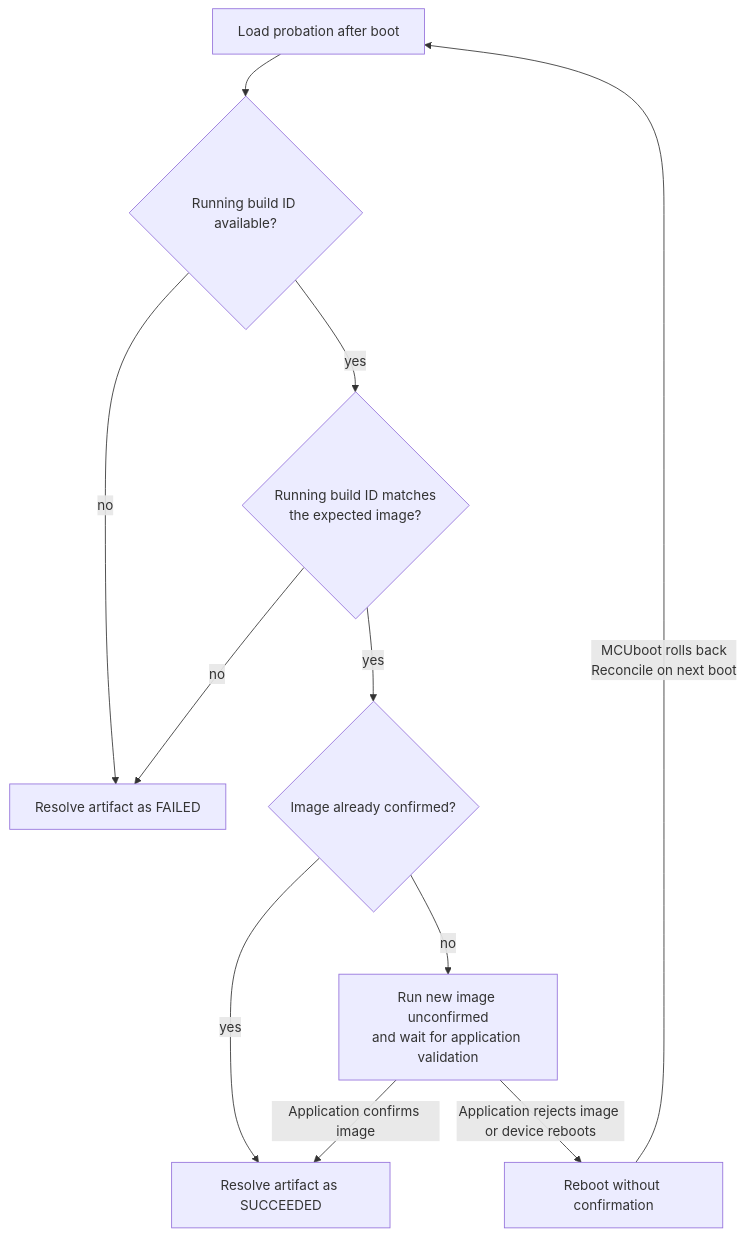
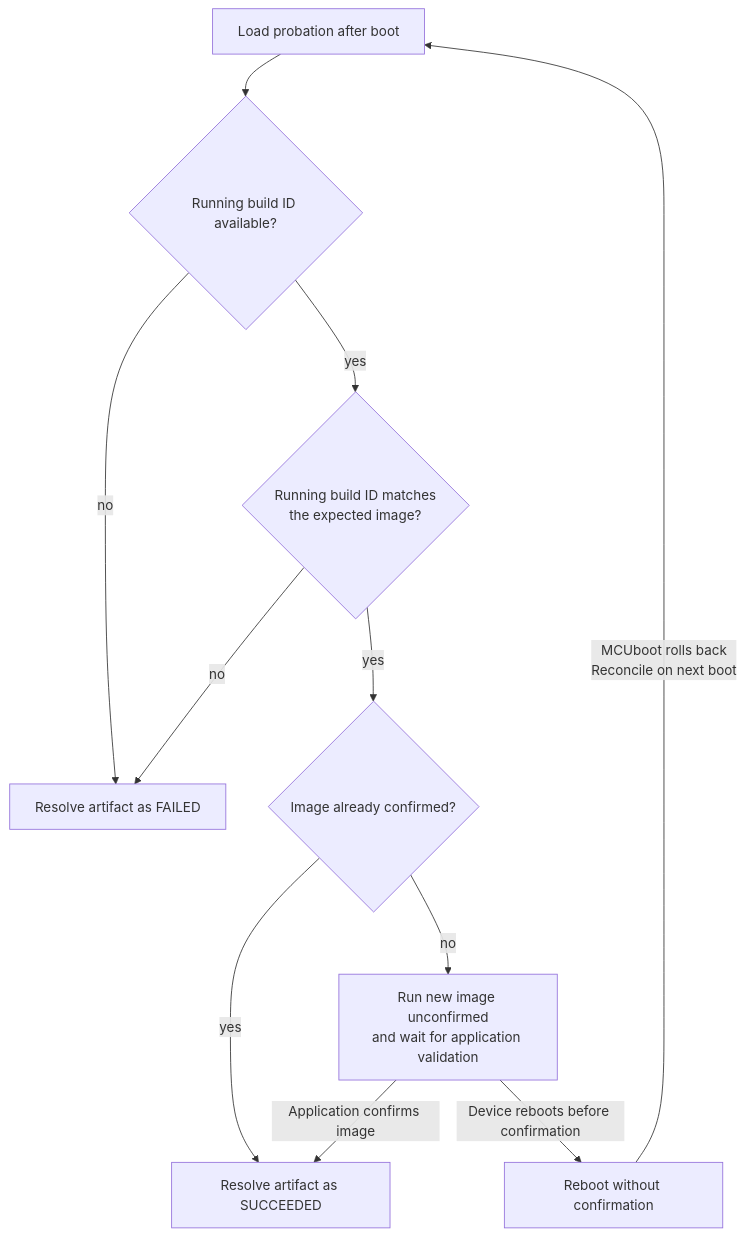
One commit to spotflow-io/device-sdk changed the fifth of 10 diagrams in zephyr/docs/ota.md. Above: the diagram before and after it, drawn with Mermaid. The commit also changed other lines of this file, not shown here.

````diff
--- a/zephyr/docs/ota.md
+++ b/zephyr/docs/ota.md
@@ -233,22 +243,22 @@
 ```mermaid
 flowchart TD
     load["Load probation after boot"]
     identity{"Running build ID available?"}
     matches{"Running build ID matches<br/>the expected image?"}
     confirmed{"Image already confirmed?"}
     unconfirmed["Run new image unconfirmed<br/>and wait for application validation"]
     success["Resolve artifact as SUCCEEDED"]
     failure["Resolve artifact as FAILED"]
     reboot["Reboot without confirmation"]
 
     load --> identity
     identity -- no --> failure
     identity -- yes --> matches
     matches -- no --> failure
     matches -- yes --> confirmed
     confirmed -- yes --> success
     confirmed -- no --> unconfirmed
     unconfirmed -->|"Application confirms image"| success
-    unconfirmed -->|"Application rejects image or device reboots"| reboot
+    unconfirmed -->|"Device reboots before confirmation"| reboot
     reboot -->|"MCUboot rolls back<br/>Reconcile on next boot"| load
 ```
````
